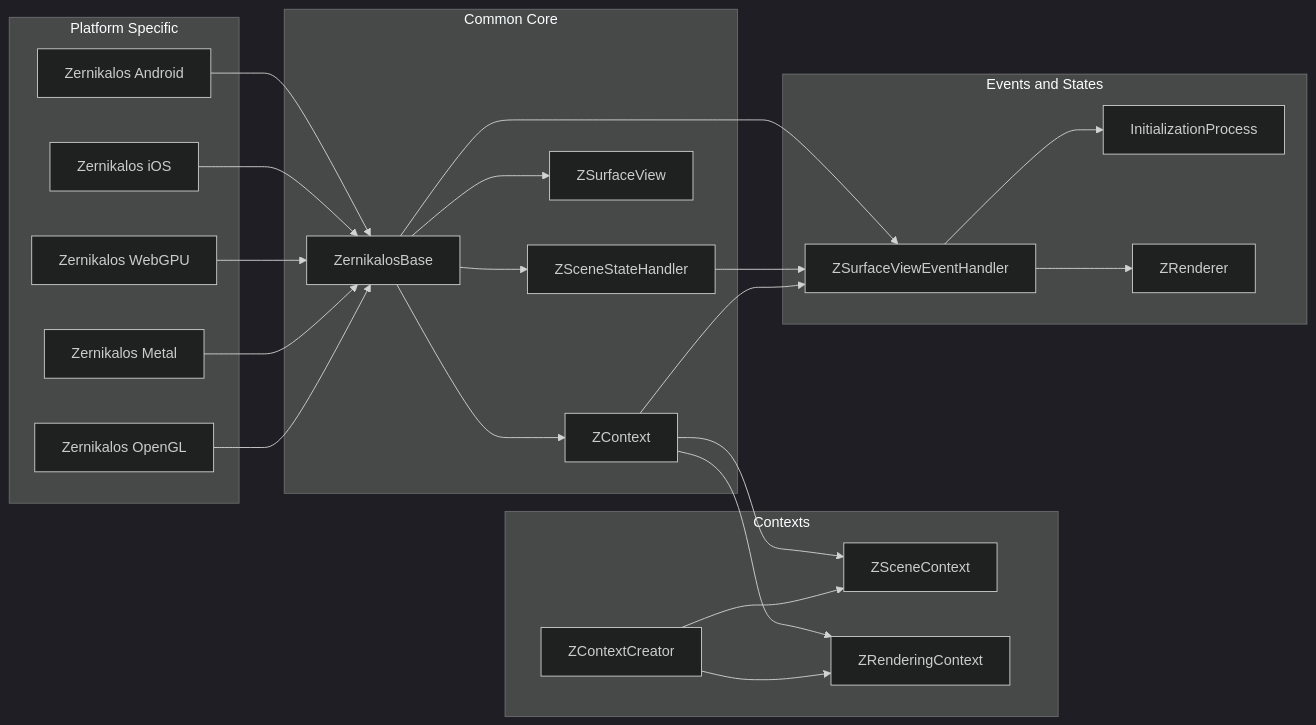
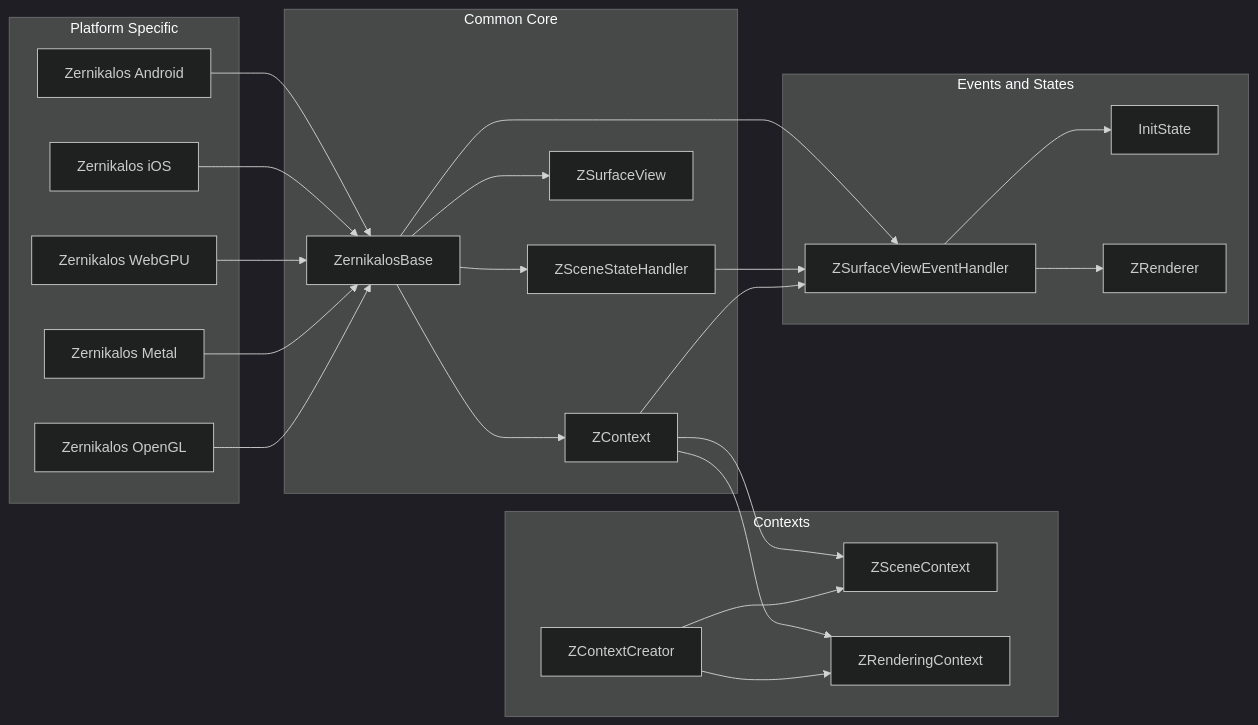
Before and after one commit to Zernikalos/Zernikalos: the third of 5 diagrams in wiki/architecture/initialization-flow-diagram.md, drawn with Mermaid (dark theme). The commit also changed other lines of this file and 2 other files, not shown here.

````diff
--- a/wiki/architecture/initialization-flow-diagram.md
+++ b/wiki/architecture/initialization-flow-diagram.md
@@ -64,52 +60,52 @@
 ```mermaid
 graph LR
     subgraph "Platform Specific"
         A[Zernikalos Android]
         B[Zernikalos iOS]
         C[Zernikalos WebGPU]
         D[Zernikalos Metal]
         E[Zernikalos OpenGL]
     end
-    
+
     subgraph "Common Core"
         F[ZernikalosBase]
         G[ZContext]
         H[ZSurfaceView]
         I[ZSceneStateHandler]
     end
-    
+
     subgraph "Contexts"
         J[ZSceneContext]
         K[ZRenderingContext]
         L[ZContextCreator]
     end
-    
+
     subgraph "Events and States"
         M[ZSurfaceViewEventHandler]
-        N[InitializationProcess]
+        N[InitState]
         O[ZRenderer]
     end
-    
+
     A --> F
     B --> F
     C --> F
     D --> F
     E --> F
-    
+
     F --> G
     F --> H
     F --> I
-    
+
     G --> J
     G --> K
-    
+
     L --> J
     L --> K
-    
+
     F --> M
     M --> N
     M --> O
-    
+
     I --> M
     G --> M
 ```
````
